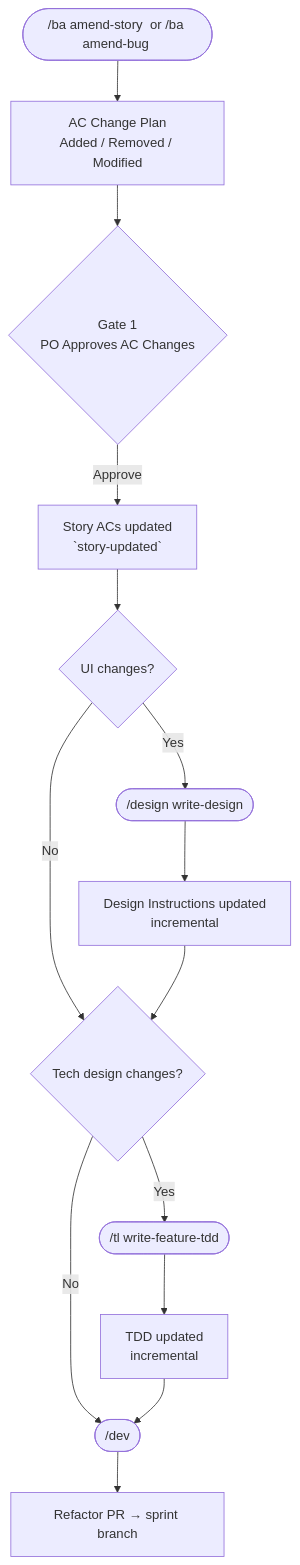
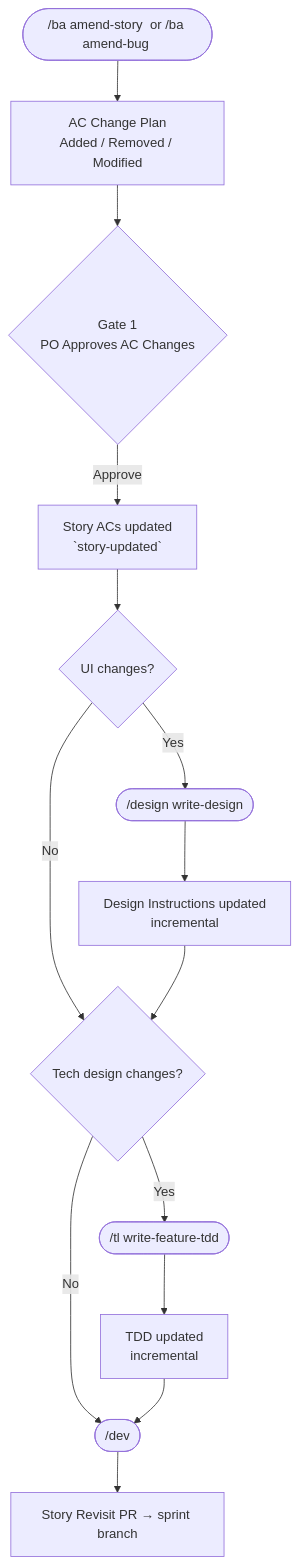
Before and after one commit to simpscal/notism: the fourth of 4 diagrams in README.md, drawn with Mermaid. The commit also changed other lines of this file and 7 other files, not shown here.

````diff
--- a/README.md
+++ b/README.md
@@ -100,16 +100,16 @@
 ```mermaid
 flowchart TD
     A(["/ba amend-story <N> or /ba amend-bug <N>"]) --> B["AC Change Plan<br/>Added / Removed / Modified"]
     B --> G1{Gate 1<br/>PO Approves AC Changes}
     G1 -->|Approve| C["Story ACs updated<br/>`story-updated`"]
     C --> D{UI changes?}
     D -->|Yes| E(["/design write-design <sprint>"])
     D -->|No| F{Tech design changes?}
     E --> E2["Design Instructions updated<br/>incremental"]
     E2 --> F
     F -->|Yes| G(["/tl write-feature-tdd <sprint>"])
     F -->|No| H(["/dev <N>"])
     G --> G2["TDD updated<br/>incremental"]
     G2 --> H
-    H --> I["Refactor PR → sprint branch"]
+    H --> I["Story Revisit PR → sprint branch"]
 ```
````
